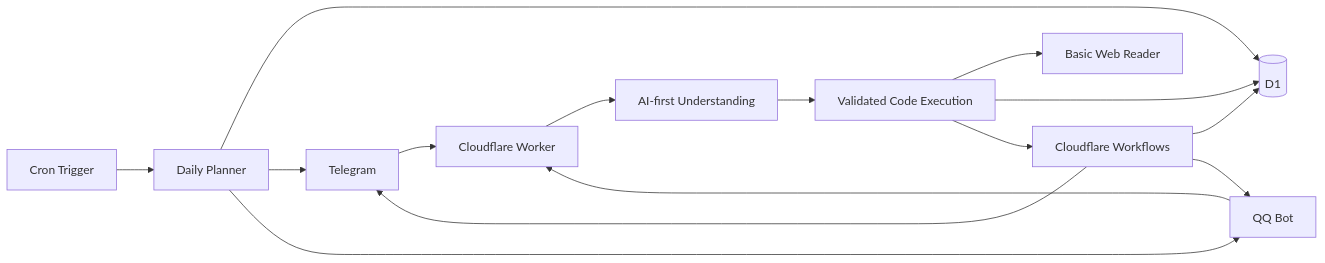
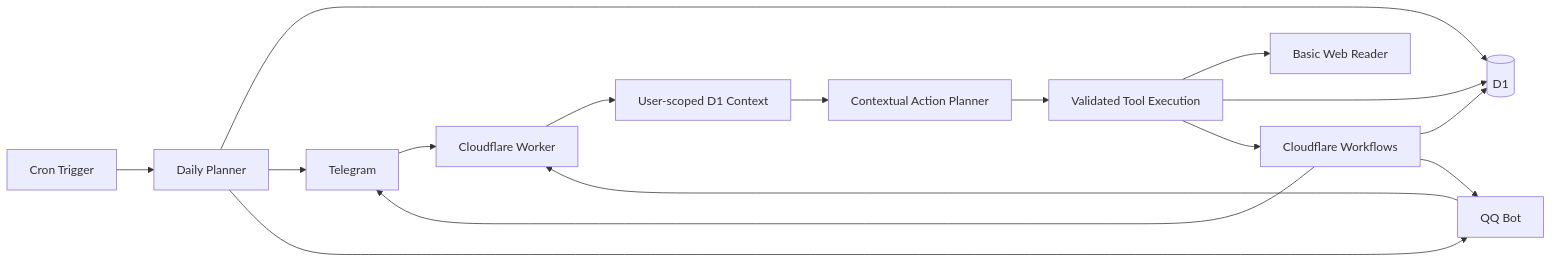
The diagram in README.md (kinamind/Desk-IX), drawn with Mermaid before and after one commit. The commit also changed other lines of this file and 19 other files, not shown here.

````diff
--- a/README.md
+++ b/README.md
@@ -32,17 +33,18 @@
 ```mermaid
 flowchart LR
   TG["Telegram"] --> WH["Cloudflare Worker"]
   QQ["QQ Bot"] --> WH
-  WH --> AI["AI-first Understanding"]
-  AI --> EX["Validated Code Execution"]
+  WH --> CTX["User-scoped D1 Context"]
+  CTX --> AI["Contextual Action Planner"]
+  AI --> EX["Validated Tool Execution"]
   EX --> WEB["Basic Web Reader"]
   EX --> D1[("D1")]
   EX --> WF["Cloudflare Workflows"]
   WF --> D1
   WF --> TG
   WF --> QQ
   CR["Cron Trigger"] --> PLAN["Daily Planner"]
   PLAN --> D1
   PLAN --> TG
   PLAN --> QQ
 ```
````
